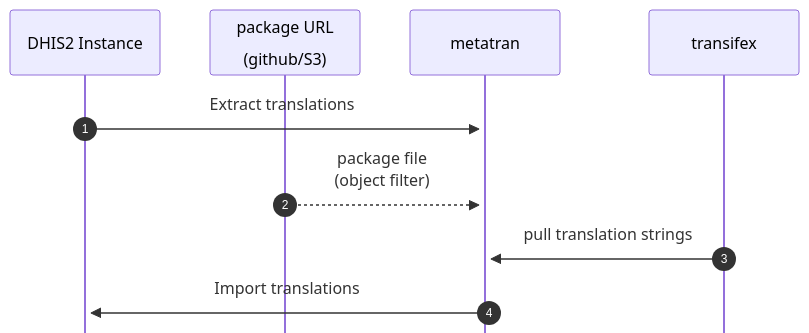
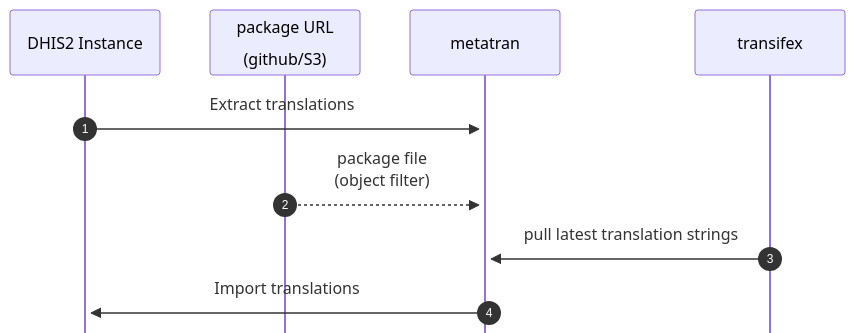
One commit to dhis2/dhis2-utils changed the second of 5 diagrams in tools/dhis2-metadata-translator/README.md. Above: the diagram before and after it, drawn with Mermaid. The commit also changed other lines of this file, not shown here.

````diff
--- a/tools/dhis2-metadata-translator/README.md
+++ b/tools/dhis2-metadata-translator/README.md
@@ -70,16 +66,16 @@
 ```mermaid
 
 %%{init: {'mirrorActors': false } }%%
 sequenceDiagram
 
     autonumber
     participant D as DHIS2 Instance
     participant G as package URL<br><br>(github/S3)
     participant M as metatran
     participant T as transifex
     D->>+M: Extract translations
     G-->>M: package file<br>(object filter)
-    T->>M: pull translation strings
+    T->>M: pull latest translation strings
     M->>+D: Import translations
 
 ```
````
